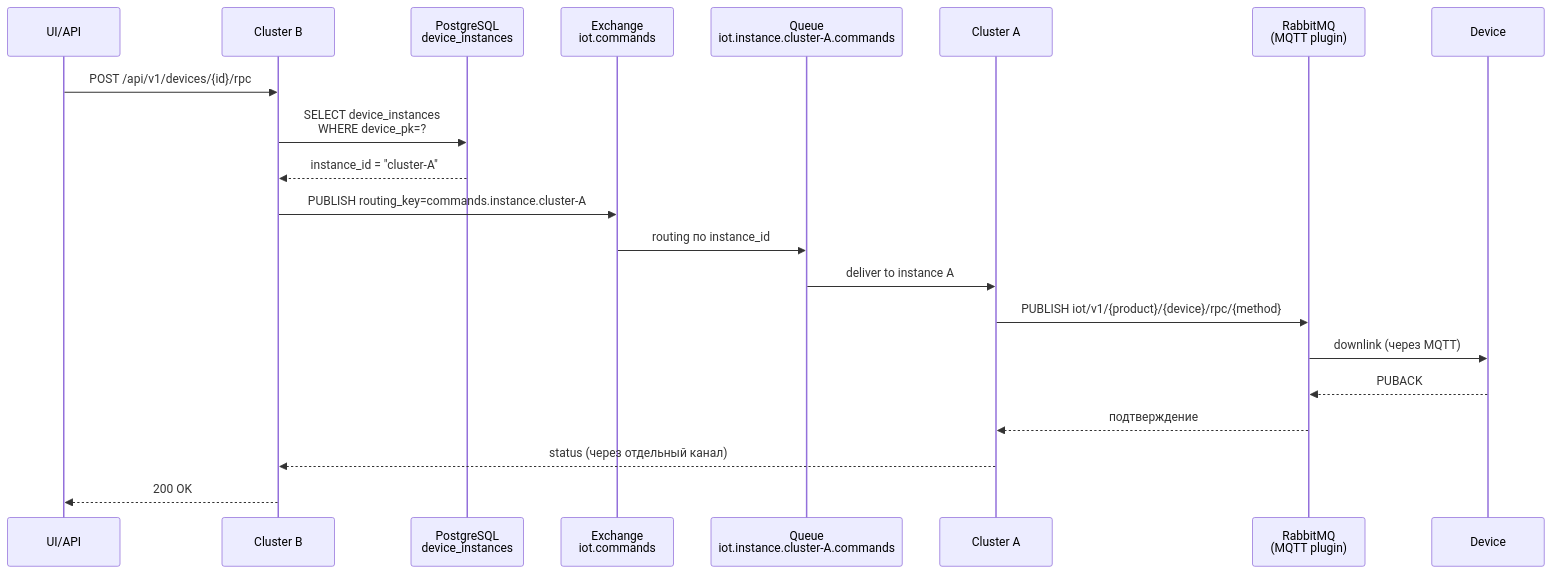
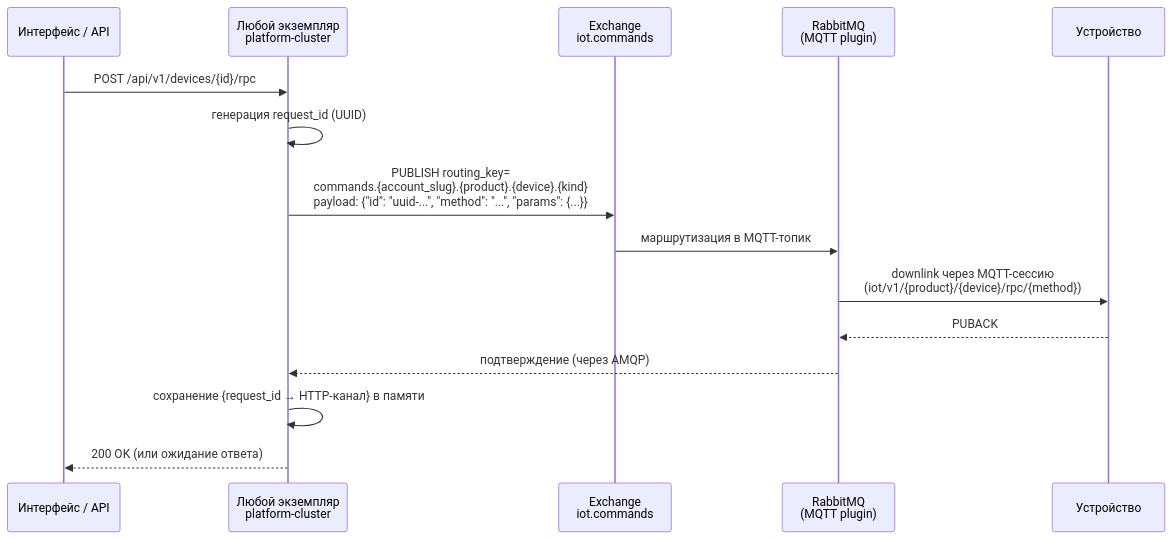
The fifth of 8 diagrams in docs/ru/17-ha-architecture.md (darvik80/iot-platform-go), drawn with Mermaid before and after one commit. The commit also changed other lines of this file and 3 other files, not shown here.

````diff
--- a/docs/ru/17-ha-architecture.md
+++ b/docs/ru/17-ha-architecture.md
@@ -489,24 +504,18 @@
 ```mermaid
 sequenceDiagram
-    participant U as UI/API
-    participant CIB as Cluster B
-    participant DB as PostgreSQL<br/>device_instances
+    participant U as Интерфейс / API
+    participant CI as Любой экземпляр<br/>platform-cluster
     participant EX as Exchange<br/>iot.commands
-    participant Q as Queue<br/>iot.instance.cluster-A.commands
-    participant CIA as Cluster A
     participant MQ as RabbitMQ<br/>(MQTT plugin)
-    participant D as Device
+    participant D as Устройство
 
-    U->>CIB: POST /api/v1/devices/{id}/rpc
-    CIB->>DB: SELECT device_instances<br/>WHERE device_pk=?
-    DB-->>CIB: instance_id = "cluster-A"
-    CIB->>EX: PUBLISH routing_key=commands.instance.cluster-A
-    EX->>Q: routing по instance_id
-    Q->>CIA: deliver to instance A
-    CIA->>MQ: PUBLISH iot/v1/{product}/{device}/rpc/{method}
-    MQ->>D: downlink (через MQTT)
+    U->>CI: POST /api/v1/devices/{id}/rpc
+    CI->>CI: генерация request_id (UUID)
+    CI->>EX: PUBLISH routing_key=<br/>commands.{account_slug}.{product}.{device}.{kind}<br/>payload: {"id": "uuid-...", "method": "...", "params": {...}}
+    EX->>MQ: маршрутизация в MQTT-топик
+    MQ->>D: downlink через MQTT-сессию<br/>(iot/v1/{product}/{device}/rpc/{method})
     D-->>MQ: PUBACK
-    MQ-->>CIA: подтверждение
-    CIA-->>CIB: status (через отдельный канал)
-    CIB-->>U: 200 OK
+    MQ-->>CI: подтверждение (через AMQP)
+    CI->>CI: сохранение {request_id → HTTP-канал} в памяти
+    CI-->>U: 200 OK (или ожидание ответа)
 ```
````
